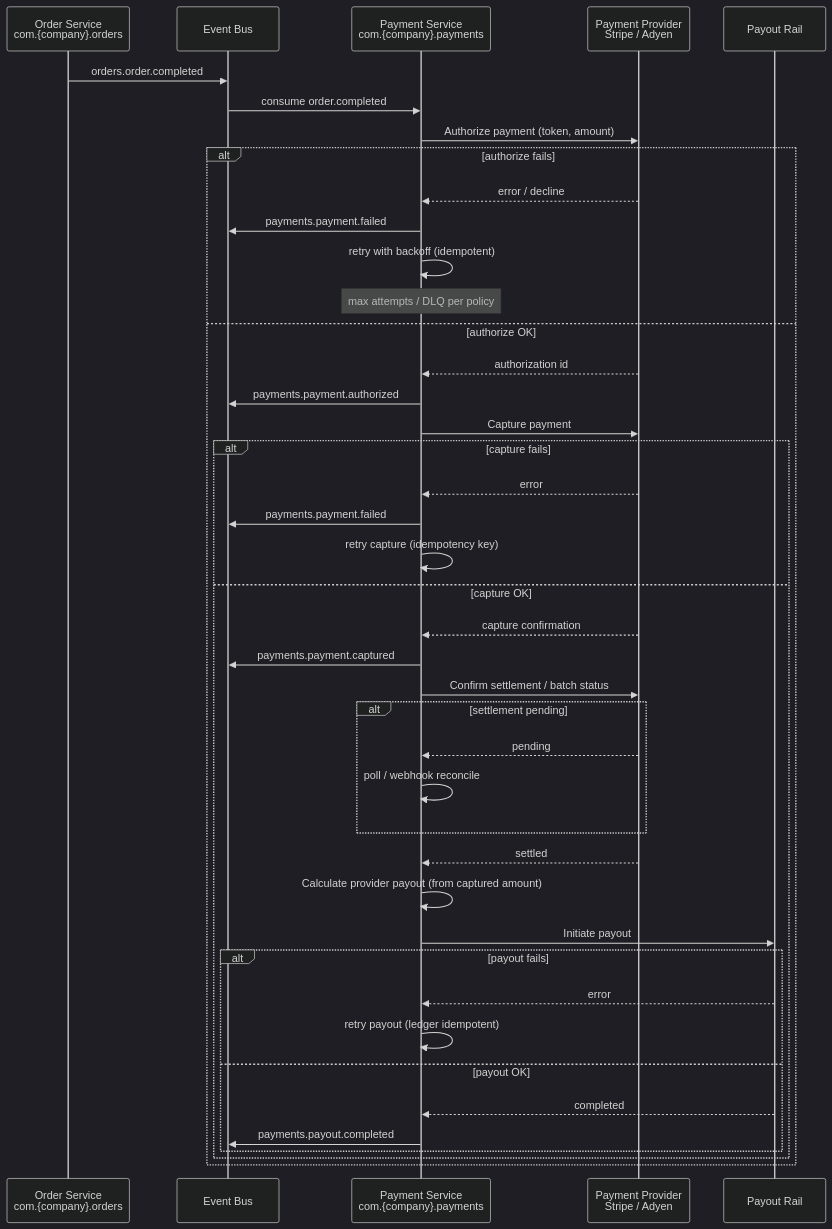
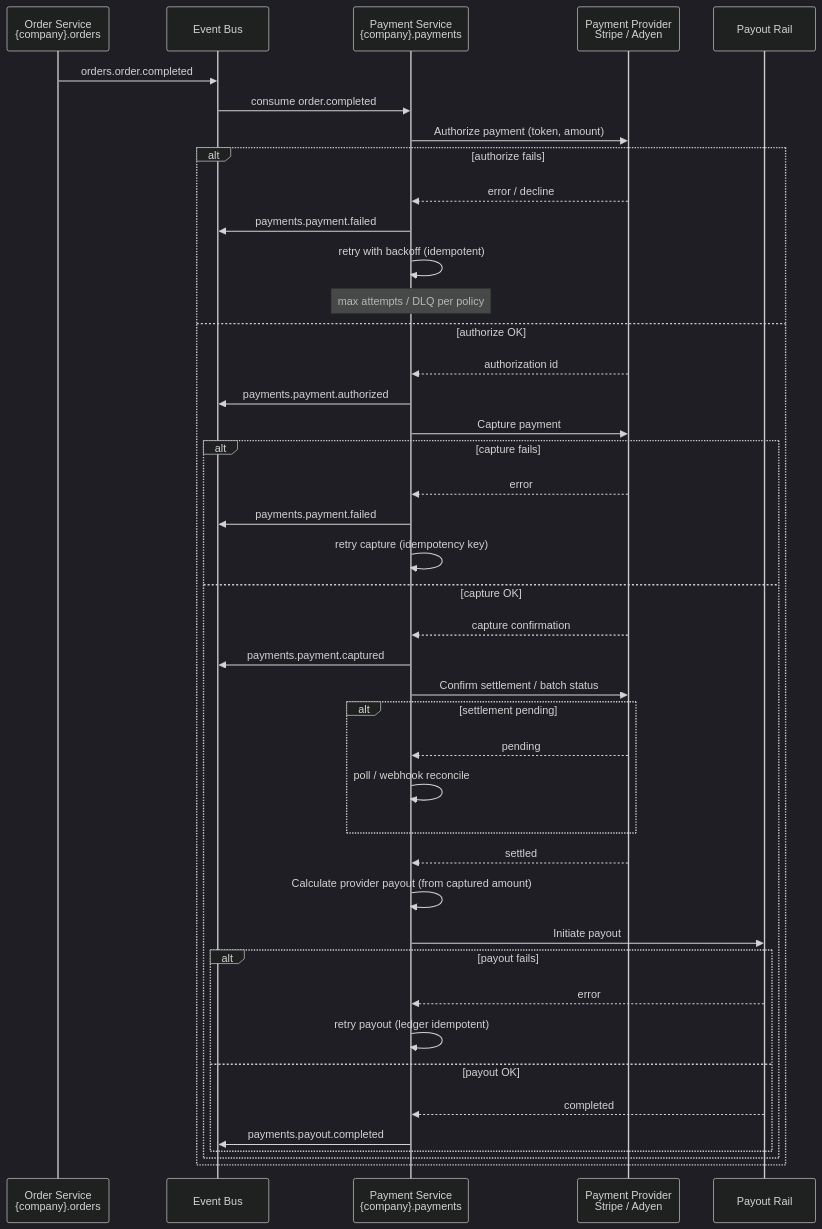
One commit to rishikeshdhokare/platform-manifesto changed the third of 6 diagrams in 11-domain-catalog/06-payment-service.md. Above: the diagram before and after it, drawn with Mermaid (dark theme). The commit also changed other lines of this file and 64 other files, not shown here.

````diff
--- a/11-domain-catalog/06-payment-service.md
+++ b/11-domain-catalog/06-payment-service.md
@@ -85,46 +85,46 @@
 ```mermaid
 sequenceDiagram
-    participant Orders as Order Service<br/>com.{company}.orders
+    participant Orders as Order Service<br/>{company}.orders
     participant Bus as Event Bus
-    participant Pay as Payment Service<br/>com.{company}.payments
+    participant Pay as Payment Service<br/>{company}.payments
     participant Prov as Payment Provider<br/>Stripe / Adyen
     participant Payout as Payout Rail
 
     Orders->>Bus: orders.order.completed
     Bus->>Pay: consume order.completed
 
     Pay->>Prov: Authorize payment (token, amount)
     alt authorize fails
         Prov-->>Pay: error / decline
         Pay->>Bus: payments.payment.failed
         Pay->>Pay: retry with backoff (idempotent)
         Note over Pay: max attempts / DLQ per policy
     else authorize OK
         Prov-->>Pay: authorization id
         Pay->>Bus: payments.payment.authorized
         Pay->>Prov: Capture payment
         alt capture fails
             Prov-->>Pay: error
             Pay->>Bus: payments.payment.failed
             Pay->>Pay: retry capture (idempotency key)
         else capture OK
             Prov-->>Pay: capture confirmation
             Pay->>Bus: payments.payment.captured
             Pay->>Prov: Confirm settlement / batch status
             alt settlement pending
                 Prov-->>Pay: pending
                 Pay->>Pay: poll / webhook reconcile
             end
             Prov-->>Pay: settled
             Pay->>Pay: Calculate provider payout (from captured amount)
             Pay->>Payout: Initiate payout
             alt payout fails
                 Payout-->>Pay: error
                 Pay->>Pay: retry payout (ledger idempotent)
             else payout OK
                 Payout-->>Pay: completed
                 Pay->>Bus: payments.payout.completed
             end
         end
     end
 ```
````
